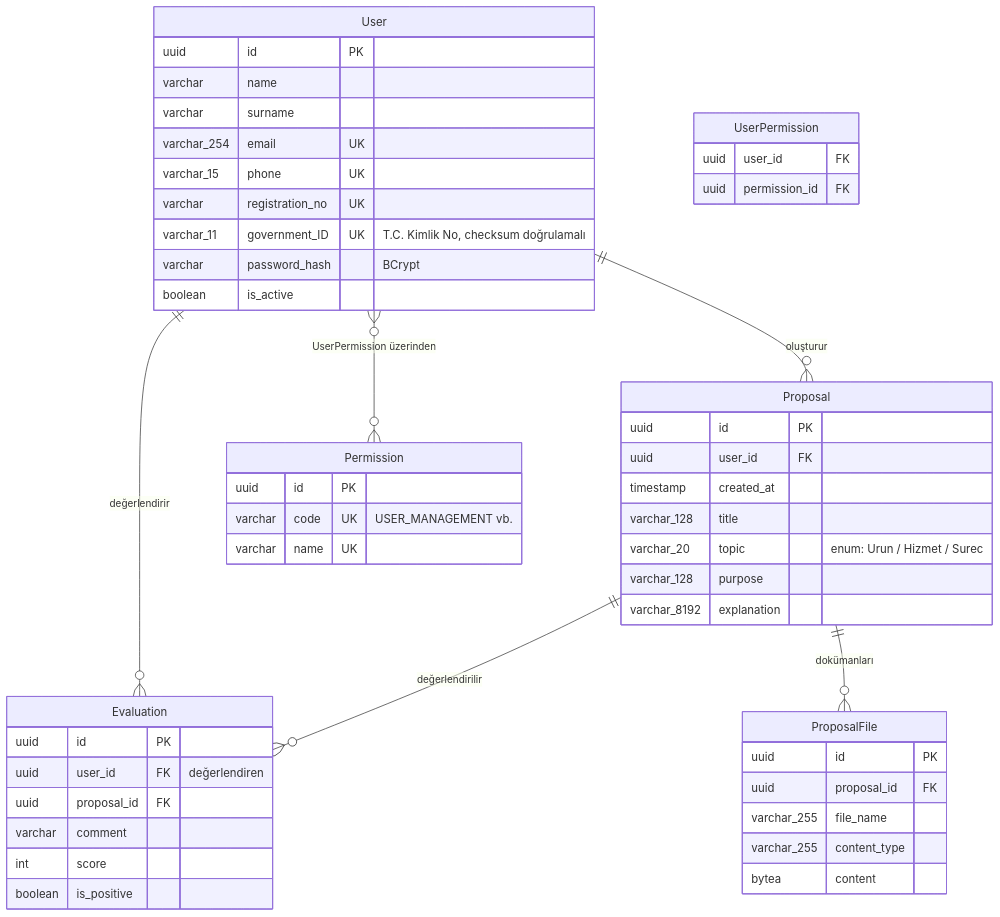
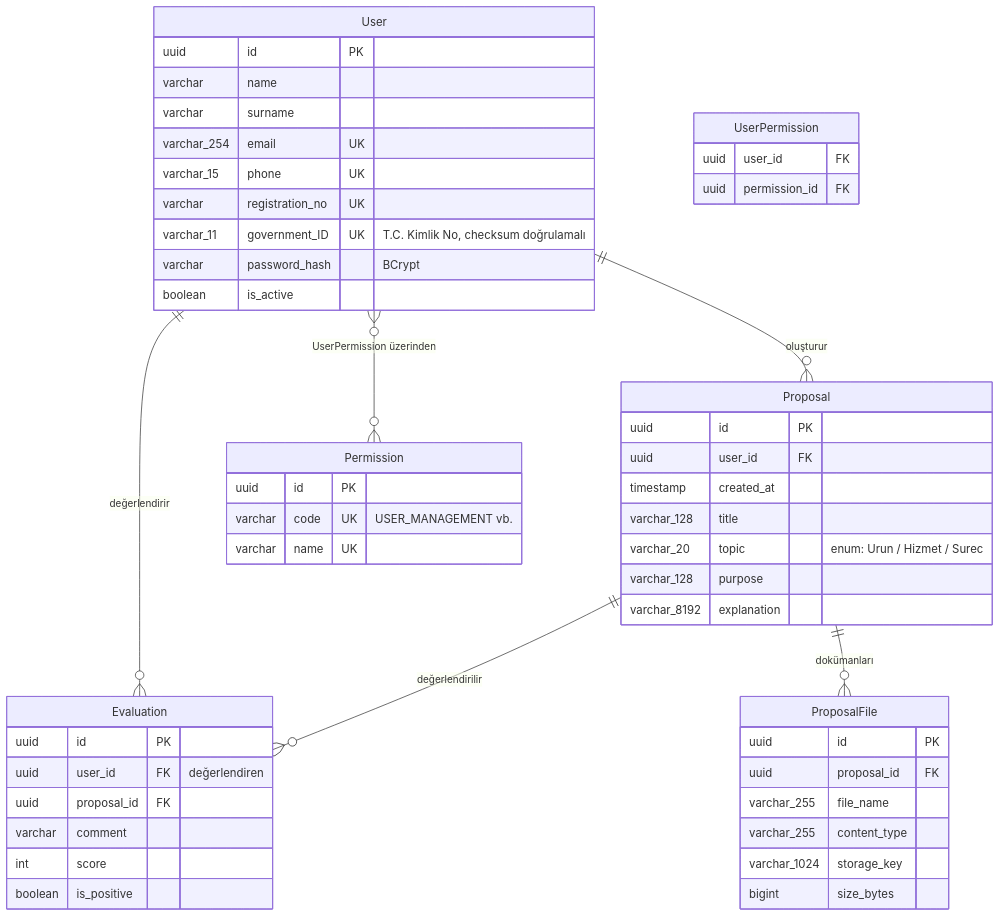
Before and after one commit to TortraxTR/fikir-havuzu: the diagram in docs/database-schema.md, drawn with Mermaid. The commit also changed other lines of this file and 14 other files, not shown here.

````diff
--- a/docs/database-schema.md
+++ b/docs/database-schema.md
@@ -7,58 +7,59 @@
 ```mermaid
 erDiagram
     "User" ||--o{ "Proposal" : "oluşturur"
     "User" ||--o{ "Evaluation" : "değerlendirir"
     "Proposal" ||--o{ "Evaluation" : "değerlendirilir"
     "Proposal" ||--o{ "ProposalFile" : "dokümanları"
     "User" }o--o{ "Permission" : "UserPermission üzerinden"
 
     "User" {
         uuid id PK
         varchar name
         varchar surname
         varchar_254 email UK
         varchar_15 phone UK
         varchar registration_no UK
         varchar_11 government_ID UK "T.C. Kimlik No, checksum doğrulamalı"
         varchar password_hash "BCrypt"
         boolean is_active
     }
 
     "Permission" {
         uuid id PK
         varchar code UK "USER_MANAGEMENT vb."
         varchar name UK
     }
 
     "UserPermission" {
         uuid user_id FK
         uuid permission_id FK
     }
 
     "Proposal" {
         uuid id PK
         uuid user_id FK
         timestamp created_at
         varchar_128 title
         varchar_20 topic "enum: Urun / Hizmet / Surec"
         varchar_128 purpose
         varchar_8192 explanation
     }
 
     "ProposalFile" {
         uuid id PK
         uuid proposal_id FK
         varchar_255 file_name
         varchar_255 content_type
-        bytea content
+        varchar_1024 storage_key
+        bigint size_bytes
     }
 
     "Evaluation" {
         uuid id PK
         uuid user_id FK "değerlendiren"
         uuid proposal_id FK
         varchar comment
         int score
         boolean is_positive
     }
 ```
````
